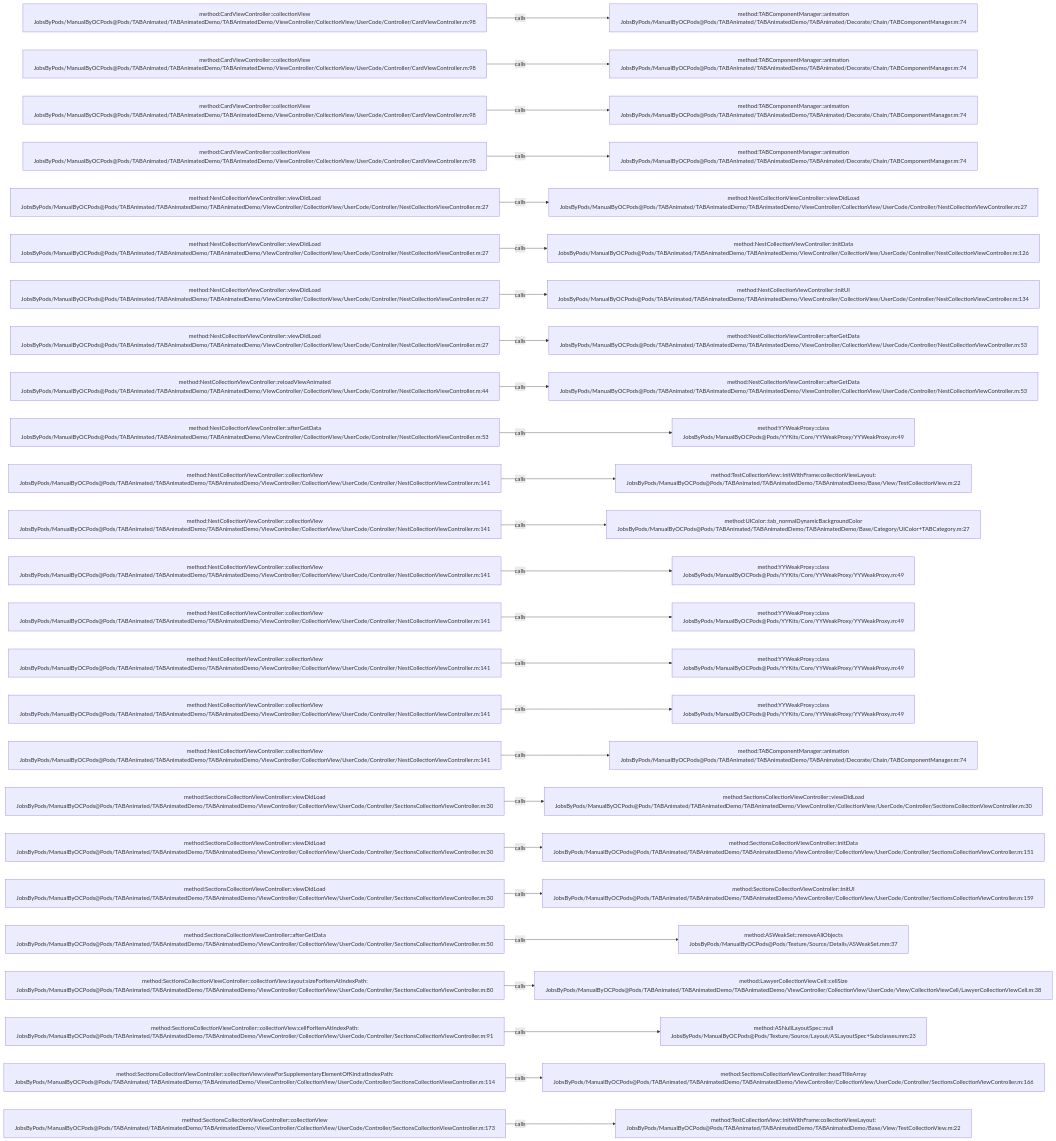
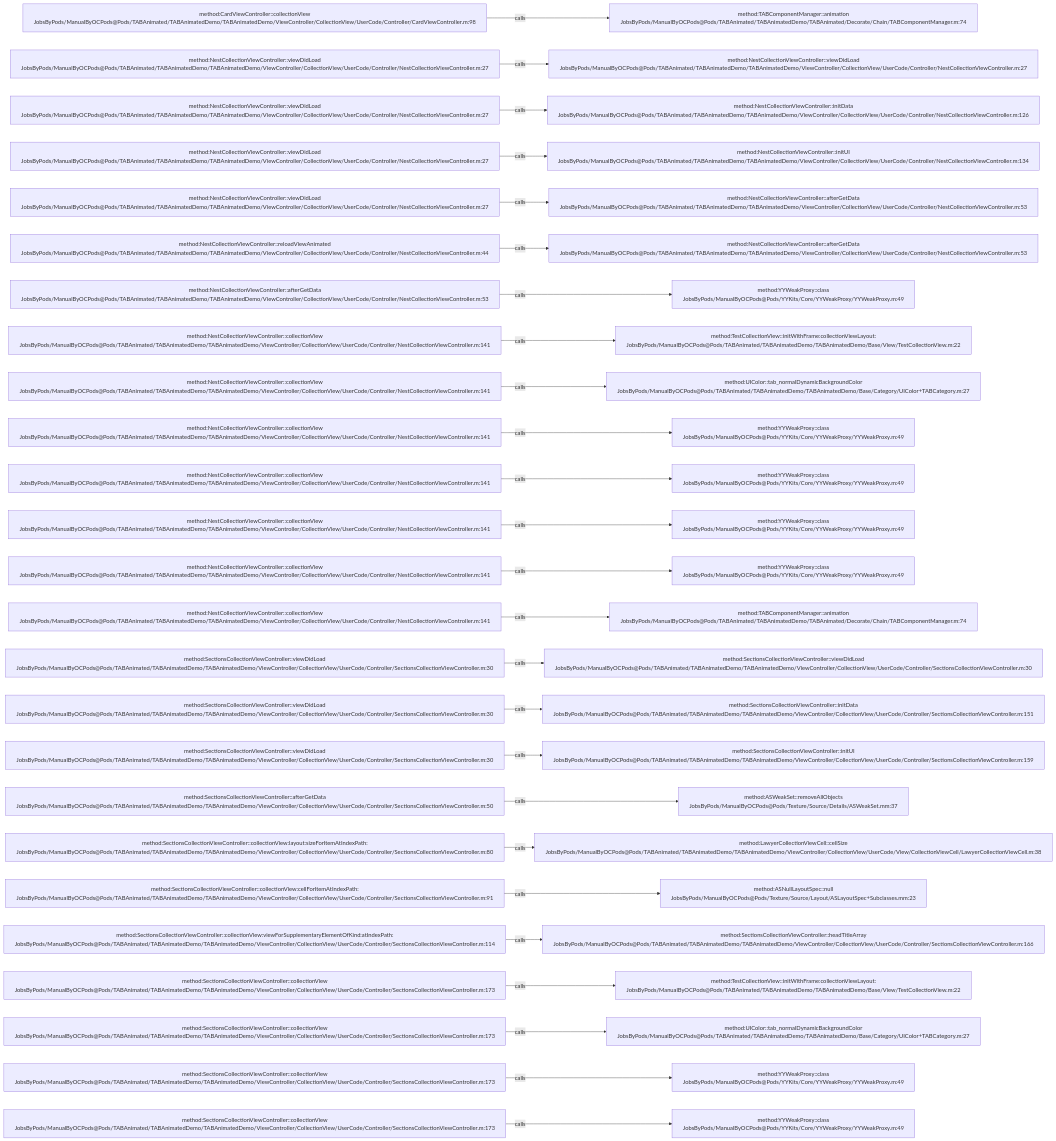
Before and after one commit to JobsKits/JobsOCBaseConfigDemo: the diagram in .codegraph/codegraph.md/graphs/calls-052.md, drawn with Mermaid. The commit also changed 342 other files, not shown here.

````diff
--- a/.codegraph/codegraph.md/graphs/calls-052.md
+++ b/.codegraph/codegraph.md/graphs/calls-052.md
@@ -13,78 +13,78 @@
 ```mermaid
 flowchart LR
   S1["method:CardViewController::collectionView<br/>JobsByPods/ManualByOCPods@Pods/TABAnimated/TABAnimatedDemo/TABAnimatedDemo/ViewController/CollectionView/UserCode/Controller/CardViewController.m:98"]
   T1["method:TABComponentManager::animation<br/>JobsByPods/ManualByOCPods@Pods/TABAnimated/TABAnimatedDemo/TABAnimated/Decorate/Chain/TABComponentManager.m:74"]
   S1 -->|calls| T1
-  S2["method:CardViewController::collectionView<br/>JobsByPods/ManualByOCPods@Pods/TABAnimated/TABAnimatedDemo/TABAnimatedDemo/ViewController/CollectionView/UserCode/Controller/CardViewController.m:98"]
-  T2["method:TABComponentManager::animation<br/>JobsByPods/ManualByOCPods@Pods/TABAnimated/TABAnimatedDemo/TABAnimated/Decorate/Chain/TABComponentManager.m:74"]
+  S2["method:NestCollectionViewController::viewDidLoad<br/>JobsByPods/ManualByOCPods@Pods/TABAnimated/TABAnimatedDemo/TABAnimatedDemo/ViewController/CollectionView/UserCode/Controller/NestCollectionViewController.m:27"]
+  T2["method:NestCollectionViewController::viewDidLoad<br/>JobsByPods/ManualByOCPods@Pods/TABAnimated/TABAnimatedDemo/TABAnimatedDemo/ViewController/CollectionView/UserCode/Controller/NestCollectionViewController.m:27"]
   S2 -->|calls| T2
-  S3["method:CardViewController::collectionView<br/>JobsByPods/ManualByOCPods@Pods/TABAnimated/TABAnimatedDemo/TABAnimatedDemo/ViewController/CollectionView/UserCode/Controller/CardViewController.m:98"]
-  T3["method:TABComponentManager::animation<br/>JobsByPods/ManualByOCPods@Pods/TABAnimated/TABAnimatedDemo/TABAnimated/Decorate/Chain/TABComponentManager.m:74"]
+  S3["method:NestCollectionViewController::viewDidLoad<br/>JobsByPods/ManualByOCPods@Pods/TABAnimated/TABAnimatedDemo/TABAnimatedDemo/ViewController/CollectionView/UserCode/Controller/NestCollectionViewController.m:27"]
+  T3["method:NestCollectionViewController::initData<br/>JobsByPods/ManualByOCPods@Pods/TABAnimated/TABAnimatedDemo/TABAnimatedDemo/ViewController/CollectionView/UserCode/Controller/NestCollectionViewController.m:126"]
   S3 -->|calls| T3
-  S4["method:CardViewController::collectionView<br/>JobsByPods/ManualByOCPods@Pods/TABAnimated/TABAnimatedDemo/TABAnimatedDemo/ViewController/CollectionView/UserCode/Controller/CardViewController.m:98"]
-  T4["method:TABComponentManager::animation<br/>JobsByPods/ManualByOCPods@Pods/TABAnimated/TABAnimatedDemo/TABAnimated/Decorate/Chain/TABComponentManager.m:74"]
+  S4["method:NestCollectionViewController::viewDidLoad<br/>JobsByPods/ManualByOCPods@Pods/TABAnimated/TABAnimatedDemo/TABAnimatedDemo/ViewController/CollectionView/UserCode/Controller/NestCollectionViewController.m:27"]
+  T4["method:NestCollectionViewController::initUI<br/>JobsByPods/ManualByOCPods@Pods/TABAnimated/TABAnimatedDemo/TABAnimatedDemo/ViewController/CollectionView/UserCode/Controller/NestCollectionViewController.m:134"]
   S4 -->|calls| T4
   S5["method:NestCollectionViewController::viewDidLoad<br/>JobsByPods/ManualByOCPods@Pods/TABAnimated/TABAnimatedDemo/TABAnimatedDemo/ViewController/CollectionView/UserCode/Controller/NestCollectionViewController.m:27"]
-  T5["method:NestCollectionViewController::viewDidLoad<br/>JobsByPods/ManualByOCPods@Pods/TABAnimated/TABAnimatedDemo/TABAnimatedDemo/ViewController/CollectionView/UserCode/Controller/NestCollectionViewController.m:27"]
+  T5["method:NestCollectionViewController::afterGetData<br/>JobsByPods/ManualByOCPods@Pods/TABAnimated/TABAnimatedDemo/TABAnimatedDemo/ViewController/CollectionView/UserCode/Controller/NestCollectionViewController.m:53"]
   S5 -->|calls| T5
-  S6["method:NestCollectionViewController::viewDidLoad<br/>JobsByPods/ManualByOCPods@Pods/TABAnimated/TABAnimatedDemo/TABAnimatedDemo/ViewController/CollectionView/UserCode/Controller/NestCollectionViewController.m:27"]
-  T6["method:NestCollectionViewController::initData<br/>JobsByPods/ManualByOCPods@Pods/TABAnimated/TABAnimatedDemo/TABAnimatedDemo/ViewController/CollectionView/UserCode/Controller/NestCollectionViewController.m:126"]
+  S6["method:NestCollectionViewController::reloadViewAnimated<br/>JobsByPods/ManualByOCPods@Pods/TABAnimated/TABAnimatedDemo/TABAnimatedDemo/ViewController/CollectionView/UserCode/Controller/NestCollectionViewController.m:44"]
+  T6["method:NestCollectionViewController::afterGetData<br/>JobsByPods/ManualByOCPods@Pods/TABAnimated/TABAnimatedDemo/TABAnimatedDemo/ViewController/CollectionView/UserCode/Controller/NestCollectionViewController.m:53"]
   S6 -->|calls| T6
-  S7["method:NestCollectionViewController::viewDidLoad<br/>JobsByPods/ManualByOCPods@Pods/TABAnimated/TABAnimatedDemo/TABAnimatedDemo/ViewController/CollectionView/UserCode/Controller/NestCollectionViewController.m:27"]
-  T7["method:NestCollectionViewController::initUI<br/>JobsByPods/ManualByOCPods@Pods/TABAnimated/TABAnimatedDemo/TABAnimatedDemo/ViewController/CollectionView/UserCode/Controller/NestCollectionViewController.m:134"]
+  S7["method:NestCollectionViewController::afterGetData<br/>JobsByPods/ManualByOCPods@Pods/TABAnimated/TABAnimatedDemo/TABAnimatedDemo/ViewController/CollectionView/UserCode/Controller/NestCollectionViewController.m:53"]
+  T7["method:YYWeakProxy::class<br/>JobsByPods/ManualByOCPods@Pods/YYKits/Core/YYWeakProxy/YYWeakProxy.m:49"]
   S7 -->|calls| T7
-  S8["method:NestCollectionViewController::viewDidLoad<br/>JobsByPods/ManualByOCPods@Pods/TABAnimated/TABAnimatedDemo/TABAnimatedDemo/ViewController/CollectionView/UserCode/Controller/NestCollectionViewController.m:27"]
-  T8["method:NestCollectionViewController::afterGetData<br/>JobsByPods/ManualByOCPods@Pods/TABAnimated/TABAnimatedDemo/TABAnimatedDemo/ViewController/CollectionView/UserCode/Controller/NestCollectionViewController.m:53"]
+  S8["method:NestCollectionViewController::collectionView<br/>JobsByPods/ManualByOCPods@Pods/TABAnimated/TABAnimatedDemo/TABAnimatedDemo/ViewController/CollectionView/UserCode/Controller/NestCollectionViewController.m:141"]
+  T8["method:TestCollectionView::initWithFrame:collectionViewLayout:<br/>JobsByPods/ManualByOCPods@Pods/TABAnimated/TABAnimatedDemo/TABAnimatedDemo/Base/View/TestCollectionView.m:22"]
   S8 -->|calls| T8
-  S9["method:NestCollectionViewController::reloadViewAnimated<br/>JobsByPods/ManualByOCPods@Pods/TABAnimated/TABAnimatedDemo/TABAnimatedDemo/ViewController/CollectionView/UserCode/Controller/NestCollectionViewController.m:44"]
-  T9["method:NestCollectionViewController::afterGetData<br/>JobsByPods/ManualByOCPods@Pods/TABAnimated/TABAnimatedDemo/TABAnimatedDemo/ViewController/CollectionView/UserCode/Controller/NestCollectionViewController.m:53"]
+  S9["method:NestCollectionViewController::collectionView<br/>JobsByPods/ManualByOCPods@Pods/TABAnimated/TABAnimatedDemo/TABAnimatedDemo/ViewController/CollectionView/UserCode/Controller/NestCollectionViewController.m:141"]
+  T9["method:UIColor::tab_normalDynamicBackgroundColor<br/>JobsByPods/ManualByOCPods@Pods/TABAnimated/TABAnimatedDemo/TABAnimatedDemo/Base/Category/UIColor+TABCategory.m:27"]
   S9 -->|calls| T9
-  S10["method:NestCollectionViewController::afterGetData<br/>JobsByPods/ManualByOCPods@Pods/TABAnimated/TABAnimatedDemo/TABAnimatedDemo/ViewController/CollectionView/UserCode/Controller/NestCollectionViewController.m:53"]
+  S10["method:NestCollectionViewController::collectionView<br/>JobsByPods/ManualByOCPods@Pods/TABAnimated/TABAnimatedDemo/TABAnimatedDemo/ViewController/CollectionView/UserCode/Controller/NestCollectionViewController.m:141"]
   T10["method:YYWeakProxy::class<br/>JobsByPods/ManualByOCPods@Pods/YYKits/Core/YYWeakProxy/YYWeakProxy.m:49"]
   S10 -->|calls| T10
   S11["method:NestCollectionViewController::collectionView<br/>JobsByPods/ManualByOCPods@Pods/TABAnimated/TABAnimatedDemo/TABAnimatedDemo/ViewController/CollectionView/UserCode/Controller/NestCollectionViewController.m:141"]
-  T11["method:TestCollectionView::initWithFrame:collectionViewLayout:<br/>JobsByPods/ManualByOCPods@Pods/TABAnimated/TABAnimatedDemo/TABAnimatedDemo/Base/View/TestCollectionView.m:22"]
+  T11["method:YYWeakProxy::class<br/>JobsByPods/ManualByOCPods@Pods/YYKits/Core/YYWeakProxy/YYWeakProxy.m:49"]
   S11 -->|calls| T11
   S12["method:NestCollectionViewController::collectionView<br/>JobsByPods/ManualByOCPods@Pods/TABAnimated/TABAnimatedDemo/TABAnimatedDemo/ViewController/CollectionView/UserCode/Controller/NestCollectionViewController.m:141"]
-  T12["method:UIColor::tab_normalDynamicBackgroundColor<br/>JobsByPods/ManualByOCPods@Pods/TABAnimated/TABAnimatedDemo/TABAnimatedDemo/Base/Category/UIColor+TABCategory.m:27"]
+  T12["method:YYWeakProxy::class<br/>JobsByPods/ManualByOCPods@Pods/YYKits/Core/YYWeakProxy/YYWeakProxy.m:49"]
   S12 -->|calls| T12
   S13["method:NestCollectionViewController::collectionView<br/>JobsByPods/ManualByOCPods@Pods/TABAnimated/TABAnimatedDemo/TABAnimatedDemo/ViewController/CollectionView/UserCode/Controller/NestCollectionViewController.m:141"]
   T13["method:YYWeakProxy::class<br/>JobsByPods/ManualByOCPods@Pods/YYKits/Core/YYWeakProxy/YYWeakProxy.m:49"]
   S13 -->|calls| T13
   S14["method:NestCollectionViewController::collectionView<br/>JobsByPods/ManualByOCPods@Pods/TABAnimated/TABAnimatedDemo/TABAnimatedDemo/ViewController/CollectionView/UserCode/Controller/NestCollectionViewController.m:141"]
-  T14["method:YYWeakProxy::class<br/>JobsByPods/ManualByOCPods@Pods/YYKits/Core/YYWeakProxy/YYWeakProxy.m:49"]
+  T14["method:TABComponentManager::animation<br/>JobsByPods/ManualByOCPods@Pods/TABAnimated/TABAnimatedDemo/TABAnimated/Decorate/Chain/TABComponentManager.m:74"]
   S14 -->|calls| T14
-  S15["method:NestCollectionViewController::collectionView<br/>JobsByPods/ManualByOCPods@Pods/TABAnimated/TABAnimatedDemo/TABAnimatedDemo/ViewController/CollectionView/UserCode/Controller/NestCollectionViewController.m:141"]
-  T15["method:YYWeakProxy::class<br/>JobsByPods/ManualByOCPods@Pods/YYKits/Core/YYWeakProxy/YYWeakProxy.m:49"]
+  S15["method:SectionsCollectionViewController::viewDidLoad<br/>JobsByPods/ManualByOCPods@Pods/TABAnimated/TABAnimatedDemo/TABAnimatedDemo/ViewController/CollectionView/UserCode/Controller/SectionsCollectionViewController.m:30"]
+  T15["method:SectionsCollectionViewController::viewDidLoad<br/>JobsByPods/ManualByOCPods@Pods/TABAnimated/TABAnimatedDemo/TABAnimatedDemo/ViewController/CollectionView/UserCode/Controller/SectionsCollectionViewController.m:30"]
   S15 -->|calls| T15
-  S16["method:NestCollectionViewController::collectionView<br/>JobsByPods/ManualByOCPods@Pods/TABAnimated/TABAnimatedDemo/TABAnimatedDemo/ViewController/CollectionView/UserCode/Controller/NestCollectionViewController.m:141"]
-  T16["method:YYWeakProxy::class<br/>JobsByPods/ManualByOCPods@Pods/YYKits/Core/YYWeakProxy/YYWeakProxy.m:49"]
+  S16["method:SectionsCollectionViewController::viewDidLoad<br/>JobsByPods/ManualByOCPods@Pods/TABAnimated/TABAnimatedDemo/TABAnimatedDemo/ViewController/CollectionView/UserCode/Controller/SectionsCollectionViewController.m:30"]
+  T16["method:SectionsCollectionViewController::initData<br/>JobsByPods/ManualByOCPods@Pods/TABAnimated/TABAnimatedDemo/TABAnimatedDemo/ViewController/CollectionView/UserCode/Controller/SectionsCollectionViewController.m:151"]
   S16 -->|calls| T16
-  S17["method:NestCollectionViewController::collectionView<br/>JobsByPods/ManualByOCPods@Pods/TABAnimated/TABAnimatedDemo/TABAnimatedDemo/ViewController/CollectionView/UserCode/Controller/NestCollectionViewController.m:141"]
-  T17["method:TABComponentManager::animation<br/>JobsByPods/ManualByOCPods@Pods/TABAnimated/TABAnimatedDemo/TABAnimated/Decorate/Chain/TABComponentManager.m:74"]
+  S17["method:SectionsCollectionViewController::viewDidLoad<br/>JobsByPods/ManualByOCPods@Pods/TABAnimated/TABAnimatedDemo/TABAnimatedDemo/ViewController/CollectionView/UserCode/Controller/SectionsCollectionViewController.m:30"]
+  T17["method:SectionsCollectionViewController::initUI<br/>JobsByPods/ManualByOCPods@Pods/TABAnimated/TABAnimatedDemo/TABAnimatedDemo/ViewController/CollectionView/UserCode/Controller/SectionsCollectionViewController.m:159"]
   S17 -->|calls| T17
-  S18["method:SectionsCollectionViewController::viewDidLoad<br/>JobsByPods/ManualByOCPods@Pods/TABAnimated/TABAnimatedDemo/TABAnimatedDemo/ViewController/CollectionView/UserCode/Controller/SectionsCollectionViewController.m:30"]
-  T18["method:SectionsCollectionViewController::viewDidLoad<br/>JobsByPods/ManualByOCPods@Pods/TABAnimated/TABAnimatedDemo/TABAnimatedDemo/ViewController/CollectionView/UserCode/Controller/SectionsCollectionViewController.m:30"]
+  S18["method:SectionsCollectionViewController::afterGetData<br/>JobsByPods/ManualByOCPods@Pods/TABAnimated/TABAnimatedDemo/TABAnimatedDemo/ViewController/CollectionView/UserCode/Controller/SectionsCollectionViewController.m:50"]
+  T18["method:ASWeakSet::removeAllObjects<br/>JobsByPods/ManualByOCPods@Pods/Texture/Source/Details/ASWeakSet.mm:37"]
   S18 -->|calls| T18
-  S19["method:SectionsCollectionViewController::viewDidLoad<br/>JobsByPods/ManualByOCPods@Pods/TABAnimated/TABAnimatedDemo/TABAnimatedDemo/ViewController/CollectionView/UserCode/Controller/SectionsCollectionViewController.m:30"]
-  T19["method:SectionsCollectionViewController::initData<br/>JobsByPods/ManualByOCPods@Pods/TABAnimated/TABAnimatedDemo/TABAnimatedDemo/ViewController/CollectionView/UserCode/Controller/SectionsCollectionViewController.m:151"]
+  S19["method:SectionsCollectionViewController::collectionView:layout:sizeForItemAtIndexPath:<br/>JobsByPods/ManualByOCPods@Pods/TABAnimated/TABAnimatedDemo/TABAnimatedDemo/ViewController/CollectionView/UserCode/Controller/SectionsCollectionViewController.m:80"]
+  T19["method:LawyerCollectionViewCell::cellSize<br/>JobsByPods/ManualByOCPods@Pods/TABAnimated/TABAnimatedDemo/TABAnimatedDemo/ViewController/CollectionView/UserCode/View/CollectionViewCell/LawyerCollectionViewCell.m:38"]
   S19 -->|calls| T19
-  S20["method:SectionsCollectionViewController::viewDidLoad<br/>JobsByPods/ManualByOCPods@Pods/TABAnimated/TABAnimatedDemo/TABAnimatedDemo/ViewController/CollectionView/UserCode/Controller/SectionsCollectionViewController.m:30"]
-  T20["method:SectionsCollectionViewController::initUI<br/>JobsByPods/ManualByOCPods@Pods/TABAnimated/TABAnimatedDemo/TABAnimatedDemo/ViewController/CollectionView/UserCode/Controller/SectionsCollectionViewController.m:159"]
+  S20["method:SectionsCollectionViewController::collectionView:cellForItemAtIndexPath:<br/>JobsByPods/ManualByOCPods@Pods/TABAnimated/TABAnimatedDemo/TABAnimatedDemo/ViewController/CollectionView/UserCode/Controller/SectionsCollectionViewController.m:91"]
+  T20["method:ASNullLayoutSpec::null<br/>JobsByPods/ManualByOCPods@Pods/Texture/Source/Layout/ASLayoutSpec+Subclasses.mm:23"]
   S20 -->|calls| T20
-  S21["method:SectionsCollectionViewController::afterGetData<br/>JobsByPods/ManualByOCPods@Pods/TABAnimated/TABAnimatedDemo/TABAnimatedDemo/ViewController/CollectionView/UserCode/Controller/SectionsCollectionViewController.m:50"]
-  T21["method:ASWeakSet::removeAllObjects<br/>JobsByPods/ManualByOCPods@Pods/Texture/Source/Details/ASWeakSet.mm:37"]
+  S21["method:SectionsCollectionViewController::collectionView:viewForSupplementaryElementOfKind:atIndexPath:<br/>JobsByPods/ManualByOCPods@Pods/TABAnimated/TABAnimatedDemo/TABAnimatedDemo/ViewController/CollectionView/UserCode/Controller/SectionsCollectionViewController.m:114"]
+  T21["method:SectionsCollectionViewController::headTitleArray<br/>JobsByPods/ManualByOCPods@Pods/TABAnimated/TABAnimatedDemo/TABAnimatedDemo/ViewController/CollectionView/UserCode/Controller/SectionsCollectionViewController.m:166"]
   S21 -->|calls| T21
-  S22["method:SectionsCollectionViewController::collectionView:layout:sizeForItemAtIndexPath:<br/>JobsByPods/ManualByOCPods@Pods/TABAnimated/TABAnimatedDemo/TABAnimatedDemo/ViewController/CollectionView/UserCode/Controller/SectionsCollectionViewController.m:80"]
-  T22["method:LawyerCollectionViewCell::cellSize<br/>JobsByPods/ManualByOCPods@Pods/TABAnimated/TABAnimatedDemo/TABAnimatedDemo/ViewController/CollectionView/UserCode/View/CollectionViewCell/LawyerCollectionViewCell.m:38"]
+  S22["method:SectionsCollectionViewController::collectionView<br/>JobsByPods/ManualByOCPods@Pods/TABAnimated/TABAnimatedDemo/TABAnimatedDemo/ViewController/CollectionView/UserCode/Controller/SectionsCollectionViewController.m:173"]
+  T22["method:TestCollectionView::initWithFrame:collectionViewLayout:<br/>JobsByPods/ManualByOCPods@Pods/TABAnimated/TABAnimatedDemo/TABAnimatedDemo/Base/View/TestCollectionView.m:22"]
   S22 -->|calls| T22
-  S23["method:SectionsCollectionViewController::collectionView:cellForItemAtIndexPath:<br/>JobsByPods/ManualByOCPods@Pods/TABAnimated/TABAnimatedDemo/TABAnimatedDemo/ViewController/CollectionView/UserCode/Controller/SectionsCollectionViewController.m:91"]
-  T23["method:ASNullLayoutSpec::null<br/>JobsByPods/ManualByOCPods@Pods/Texture/Source/Layout/ASLayoutSpec+Subclasses.mm:23"]
+  S23["method:SectionsCollectionViewController::collectionView<br/>JobsByPods/ManualByOCPods@Pods/TABAnimated/TABAnimatedDemo/TABAnimatedDemo/ViewController/CollectionView/UserCode/Controller/SectionsCollectionViewController.m:173"]
+  T23["method:UIColor::tab_normalDynamicBackgroundColor<br/>JobsByPods/ManualByOCPods@Pods/TABAnimated/TABAnimatedDemo/TABAnimatedDemo/Base/Category/UIColor+TABCategory.m:27"]
   S23 -->|calls| T23
-  S24["method:SectionsCollectionViewController::collectionView:viewForSupplementaryElementOfKind:atIndexPath:<br/>JobsByPods/ManualByOCPods@Pods/TABAnimated/TABAnimatedDemo/TABAnimatedDemo/ViewController/CollectionView/UserCode/Controller/SectionsCollectionViewController.m:114"]
-  T24["method:SectionsCollectionViewController::headTitleArray<br/>JobsByPods/ManualByOCPods@Pods/TABAnimated/TABAnimatedDemo/TABAnimatedDemo/ViewController/CollectionView/UserCode/Controller/SectionsCollectionViewController.m:166"]
+  S24["method:SectionsCollectionViewController::collectionView<br/>JobsByPods/ManualByOCPods@Pods/TABAnimated/TABAnimatedDemo/TABAnimatedDemo/ViewController/CollectionView/UserCode/Controller/SectionsCollectionViewController.m:173"]
+  T24["method:YYWeakProxy::class<br/>JobsByPods/ManualByOCPods@Pods/YYKits/Core/YYWeakProxy/YYWeakProxy.m:49"]
   S24 -->|calls| T24
   S25["method:SectionsCollectionViewController::collectionView<br/>JobsByPods/ManualByOCPods@Pods/TABAnimated/TABAnimatedDemo/TABAnimatedDemo/ViewController/CollectionView/UserCode/Controller/SectionsCollectionViewController.m:173"]
-  T25["method:TestCollectionView::initWithFrame:collectionViewLayout:<br/>JobsByPods/ManualByOCPods@Pods/TABAnimated/TABAnimatedDemo/TABAnimatedDemo/Base/View/TestCollectionView.m:22"]
+  T25["method:YYWeakProxy::class<br/>JobsByPods/ManualByOCPods@Pods/YYKits/Core/YYWeakProxy/YYWeakProxy.m:49"]
   S25 -->|calls| T25
 ```
````
